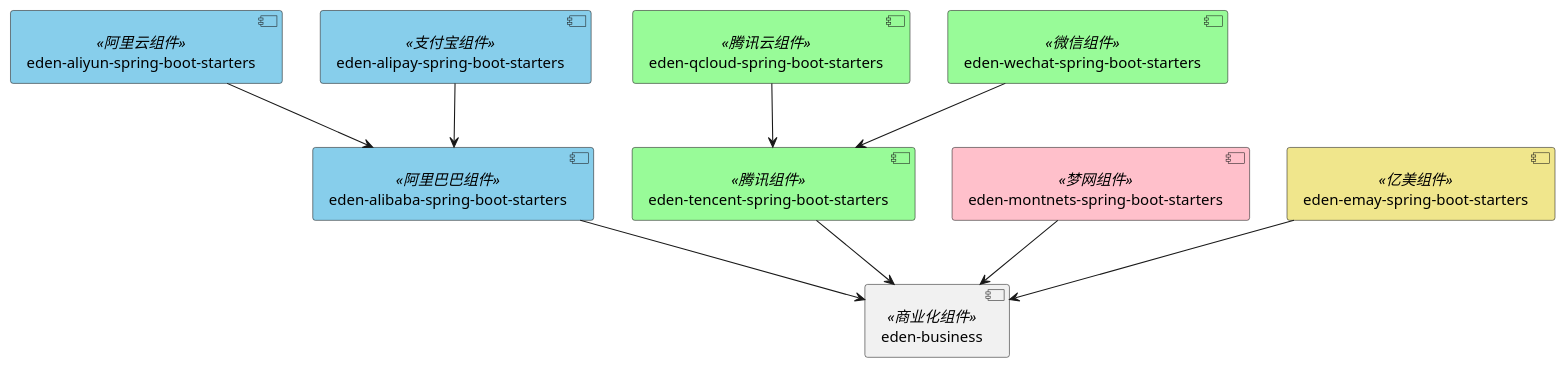
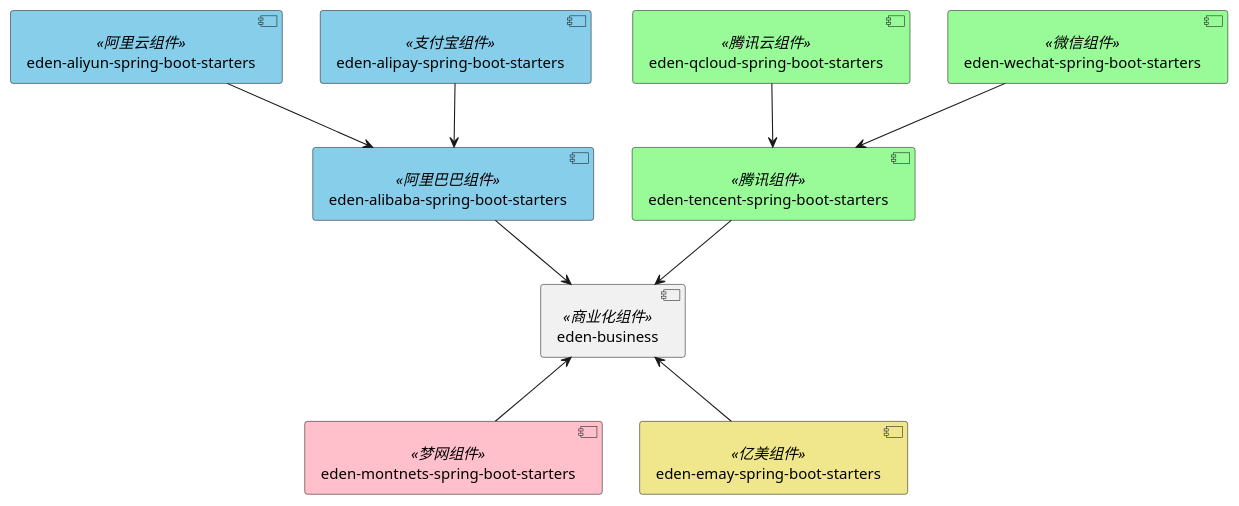
Before and after one commit to shiyindaxiaojie/eden-business: the diagram in docs/assets/images/uml/component.puml, drawn with PlantUML. The commit also changed 5 other files, not shown here.

```diff
--- a/docs/assets/images/uml/component.puml
+++ b/docs/assets/images/uml/component.puml
@@ -1,38 +1,38 @@
 @startuml
 
 [eden-business] <<商业化组件>>
 [eden-alibaba-spring-boot-starters] <<阿里巴巴组件>>
 [eden-aliyun-spring-boot-starters] <<阿里云组件>>
 [eden-alipay-spring-boot-starters] <<支付宝组件>>
 [eden-tencent-spring-boot-starters] <<腾讯组件>>
 [eden-qcloud-spring-boot-starters] <<腾讯云组件>>
 [eden-wechat-spring-boot-starters] <<微信组件>>
 [eden-montnets-spring-boot-starters] <<梦网组件>>
 [eden-emay-spring-boot-starters] <<亿美组件>>
 
 [eden-alibaba-spring-boot-starters] --> [eden-business]
 [eden-aliyun-spring-boot-starters] --> [eden-alibaba-spring-boot-starters]
 [eden-alipay-spring-boot-starters] --> [eden-alibaba-spring-boot-starters]
 
 [eden-tencent-spring-boot-starters] --> [eden-business]
 [eden-qcloud-spring-boot-starters] --> [eden-tencent-spring-boot-starters]
 [eden-wechat-spring-boot-starters] --> [eden-tencent-spring-boot-starters]
 
-[eden-montnets-spring-boot-starters] --> [eden-business]
+[eden-montnets-spring-boot-starters] -u-> [eden-business]
 
-[eden-emay-spring-boot-starters] --> [eden-business]
+[eden-emay-spring-boot-starters] -u-> [eden-business]
 
 skinparam component {
  	backgroundColor<<阿里巴巴组件>> SkyBlue
     backgroundColor<<阿里云组件>> SkyBlue
     backgroundColor<<支付宝组件>> SkyBlue
 
     backgroundColor<<腾讯组件>> PaleGreen
     backgroundColor<<腾讯云组件>> PaleGreen
     backgroundColor<<微信组件>> PaleGreen
 
 	backgroundColor<<梦网组件>> Pink
 
 	backgroundColor<<亿美组件>> Khaki
 }
 @enduml
```
